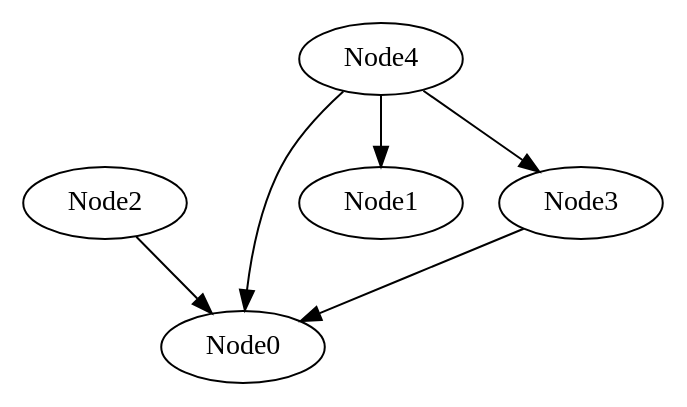
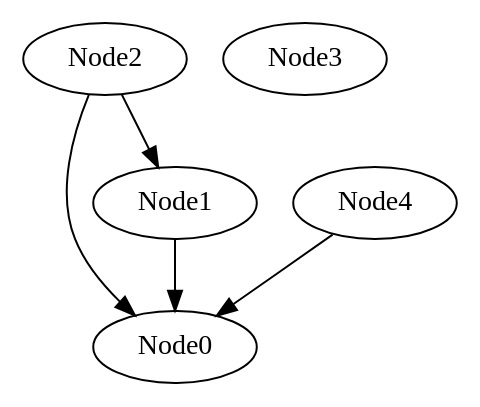
The diagram in currGraph.gv (zephyr06/DAG_NLP), drawn with Graphviz before and after one commit. The commit also changed 5 other files, not shown here.

```diff
--- a/currGraph.gv
+++ b/currGraph.gv
@@ -1,18 +1,16 @@
 // The Round Table
 digraph {
 	Node0
 	Node1
 	Node2
 	Node3
 	Node4
+	Node1 -> Node0
+
 	Node2 -> Node0
 
-	Node3 -> Node0
+	Node2 -> Node1
 
 	Node4 -> Node0
 
-	Node4 -> Node1
-
-	Node4 -> Node3
-
 }
```
